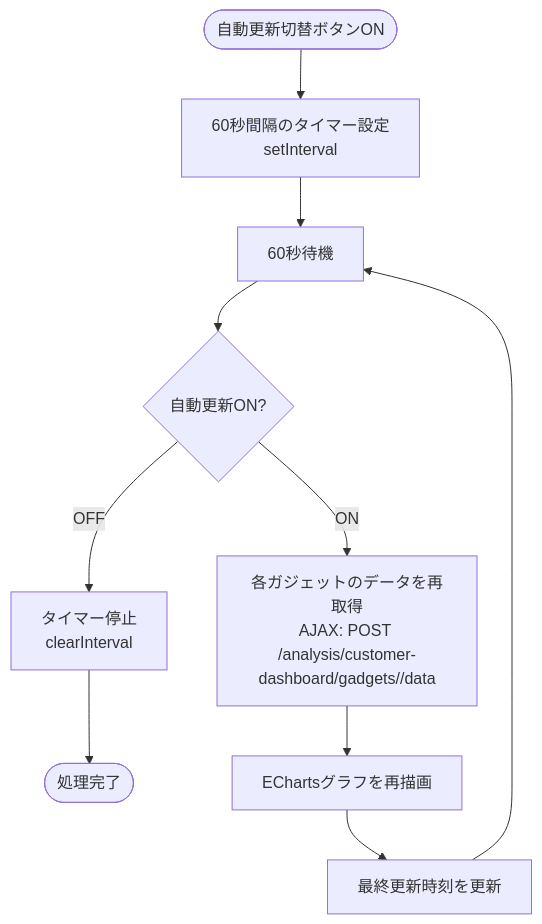
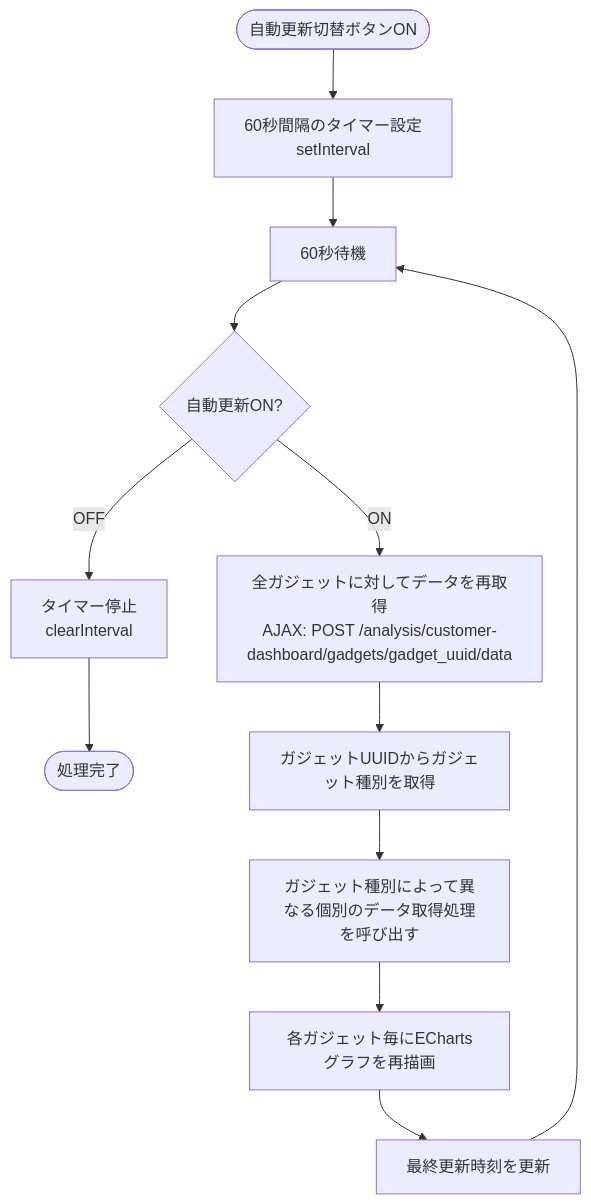
Diagram 14 of 15 in docs/03-features/flask-app/customer-dashboard/common/workflow-specification.md (NSW-SVCP-AIWG002/Databricks-IoT), drawn with Mermaid before and after one commit. The commit also changed other lines of this file and 7 other files, not shown here.

````diff
--- a/docs/03-features/flask-app/customer-dashboard/common/workflow-specification.md
+++ b/docs/03-features/flask-app/customer-dashboard/common/workflow-specification.md
@@ -2249,13 +2249,15 @@
 ```mermaid
 flowchart TD
     Start([自動更新切替ボタンON]) --> SetInterval[60秒間隔のタイマー設定<br>setInterval]
     SetInterval --> Wait[60秒待機]
     Wait --> CheckEnabled{自動更新ON?}
     CheckEnabled -->|OFF| ClearInterval[タイマー停止<br>clearInterval]
     ClearInterval --> End([処理完了])
 
-    CheckEnabled -->|ON| FetchData[各ガジェットのデータを再取得<br>AJAX: POST /analysis/customer-dashboard/gadgets/<gadget_uuid>/data]
-    FetchData --> UpdateChart[EChartsグラフを再描画]
+    CheckEnabled -->|ON| FetchData[全ガジェットに対してデータを再取得<br>AJAX: POST /analysis/customer-dashboard/gadgets/gadget_uuid/data]
+    FetchData --> GetGadgetType[ガジェットUUIDからガジェット種別を取得]
+    GetGadgetType --> CallGetData[ガジェット種別によって異なる個別のデータ取得処理を呼び出す]
+    CallGetData --> UpdateChart[各ガジェット毎にEChartsグラフを再描画]
     UpdateChart --> UpdateTime[最終更新時刻を更新]
     UpdateTime --> Wait
 ```
````
